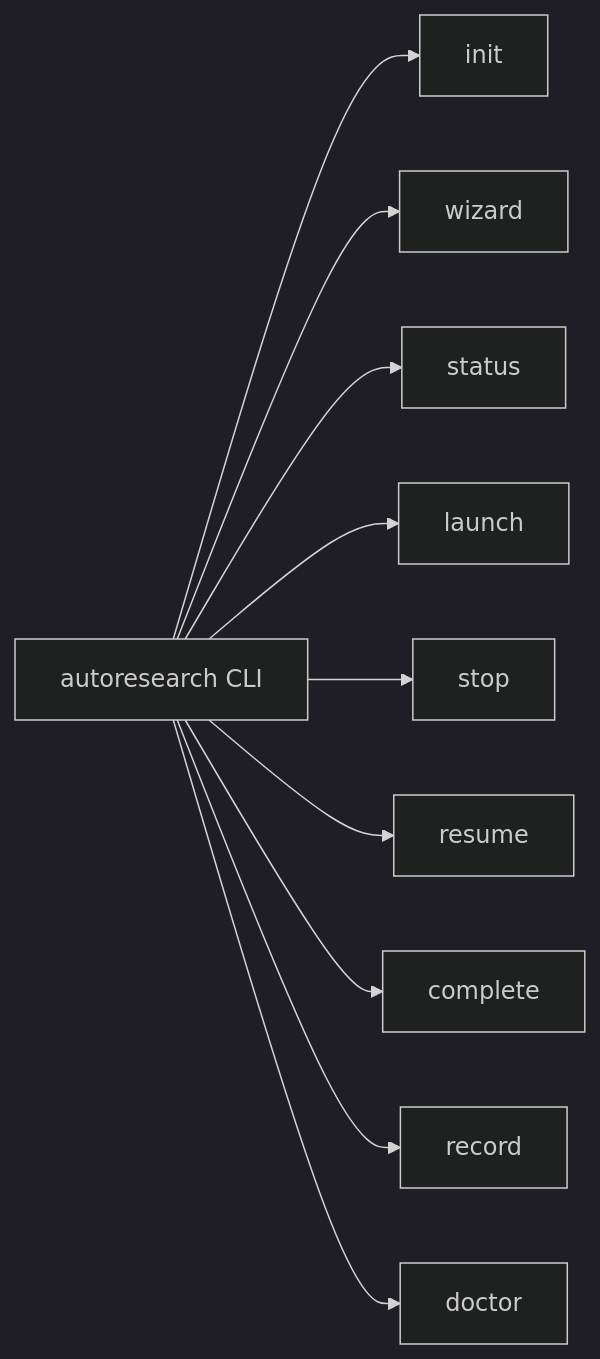
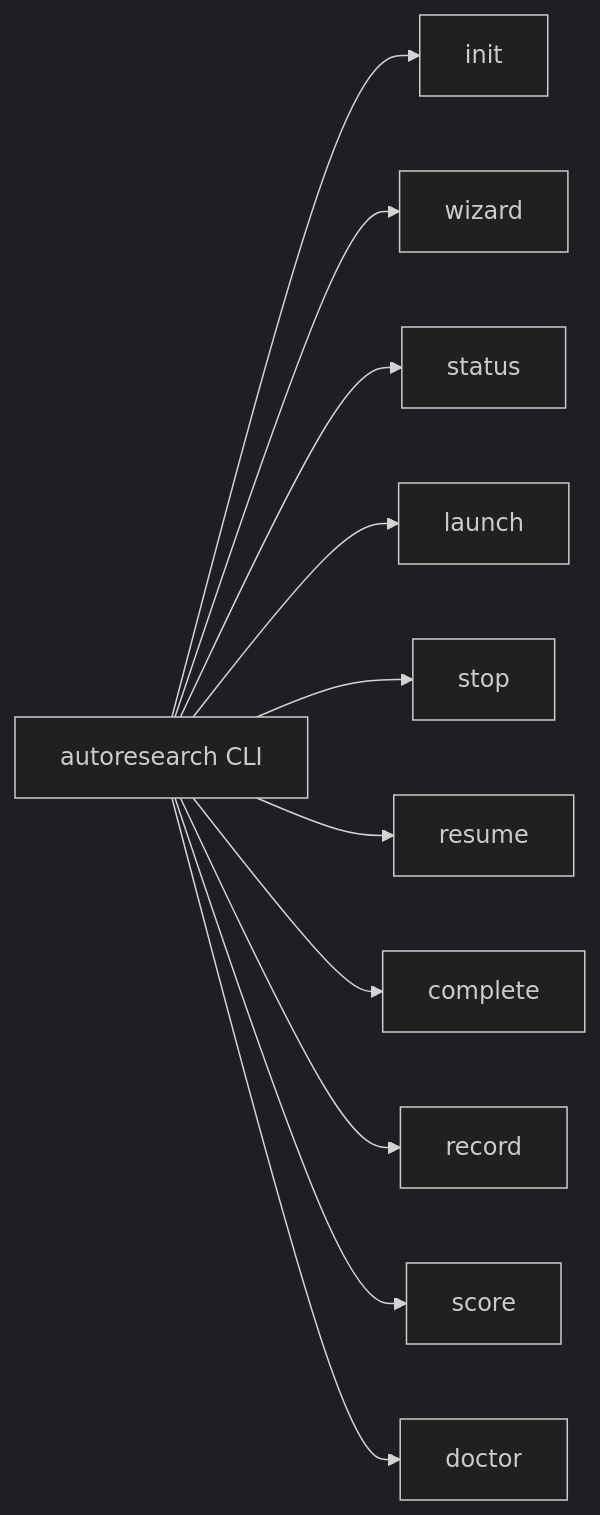
The second of 4 diagrams in wiki/Commands.md (Maleick/AutoResearch), drawn with Mermaid (dark theme) before and after one commit. The commit also changed 1 other file, not shown here.

Commit message:
fix: address review feedback - duration in launch, score in completion, flowchart update
Agent-Logs-Url: https://github.com/Maleick/AutoResearch/sessions/abb86246-6f37-4dbd-886f-189a11cfd437

````diff
--- a/wiki/Commands.md
+++ b/wiki/Commands.md
@@ -165,12 +165,13 @@
 ```mermaid
 flowchart LR
     A[autoresearch CLI] --> B[init]
     A --> C[wizard]
     A --> D[status]
     A --> E[launch]
     A --> F[stop]
     A --> G[resume]
     A --> H[complete]
     A --> I[record]
-    A --> J[doctor]
+    A --> J[score]
+    A --> K[doctor]
 ```
````
